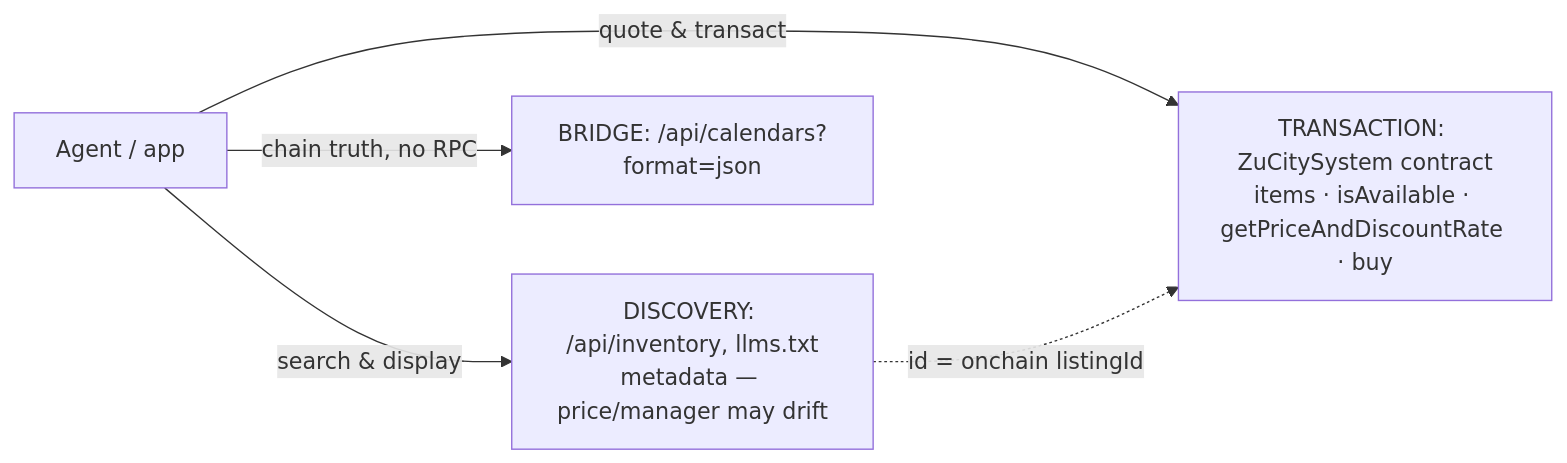
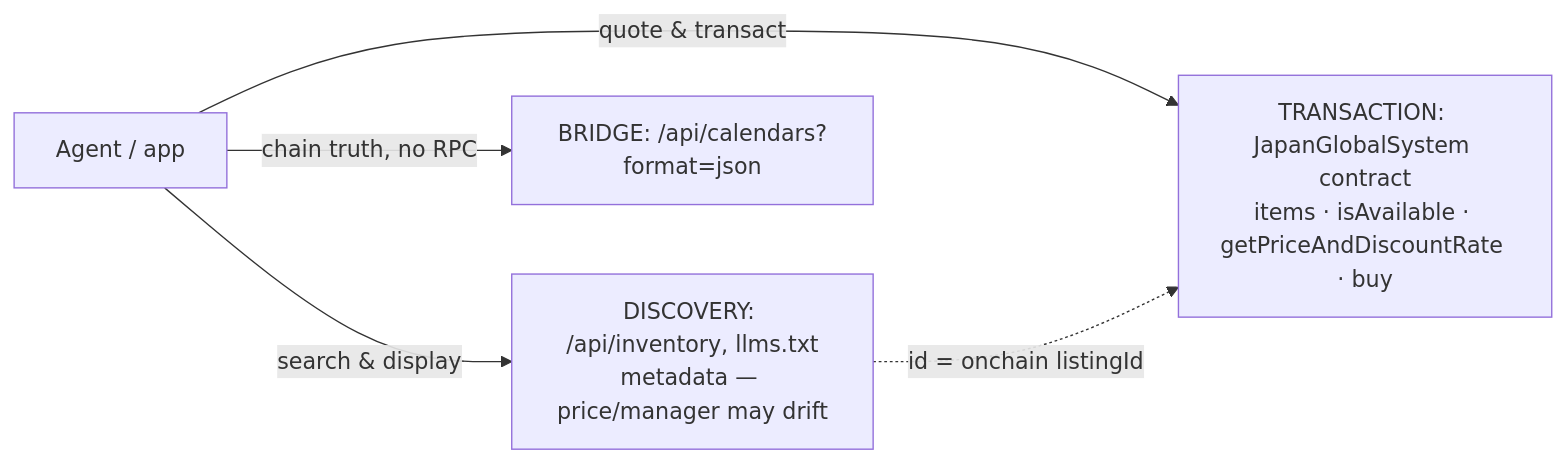
Before and after one commit to kibagateaux/zucity-api-docs: the diagram in README.md, drawn with Mermaid. The commit also changed other lines of this file and 8 other files, not shown here.

````diff
--- a/README.md
+++ b/README.md
@@ -31,7 +31,7 @@
 ```mermaid
 flowchart LR
     A[Agent / app] -->|"search & display"| D["DISCOVERY: /api/inventory, llms.txt<br/>metadata — price/manager may drift"]
-    A -->|"quote & transact"| T["TRANSACTION: ZuCitySystem contract<br/>items · isAvailable · getPriceAndDiscountRate · buy"]
+    A -->|"quote & transact"| T["TRANSACTION: JapanGlobalSystem contract<br/>items · isAvailable · getPriceAndDiscountRate · buy"]
     A -->|"chain truth, no RPC"| B["BRIDGE: /api/calendars?format=json"]
     D -.->|"id = onchain listingId"| T
 ```
````
